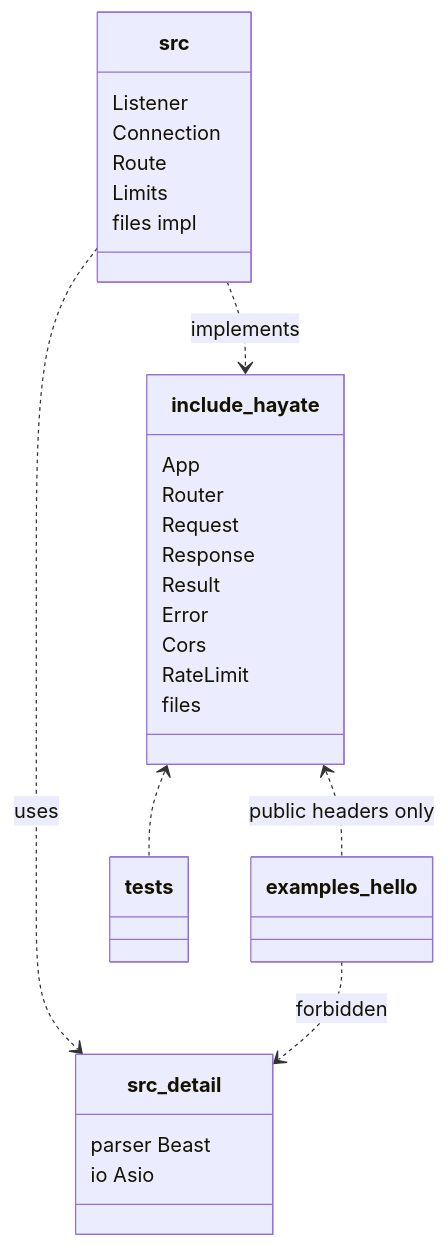
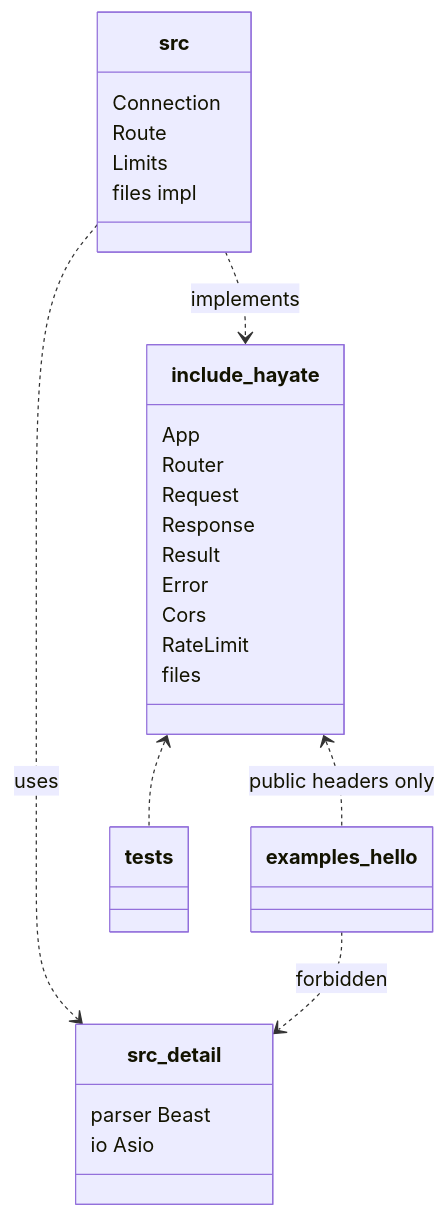
Before and after one commit to SilentMalachite/Hayate: the second of 4 diagrams in docs/UML.md, drawn with Mermaid. The commit also changed other lines of this file and 11 other files, not shown here.

````diff
--- a/docs/UML.md
+++ b/docs/UML.md
@@ -166,33 +167,32 @@
 ```mermaid
 classDiagram
     class include_hayate {
         App
         Router
         Request
         Response
         Result
         Error
         Cors
         RateLimit
         files
     }
     class src {
-        Listener
         Connection
         Route
         Limits
         files impl
     }
     class src_detail {
         parser Beast
         io Asio
     }
     class examples_hello
     class tests
 
     include_hayate <.. examples_hello : public headers only
     include_hayate <.. tests
     src ..> include_hayate : implements
     src ..> src_detail : uses
     examples_hello ..> src_detail : forbidden
 ```
````
